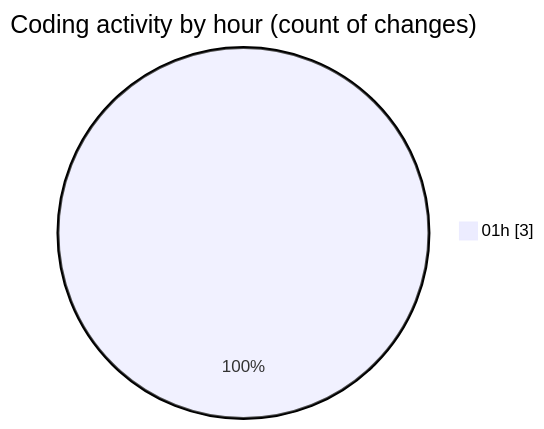
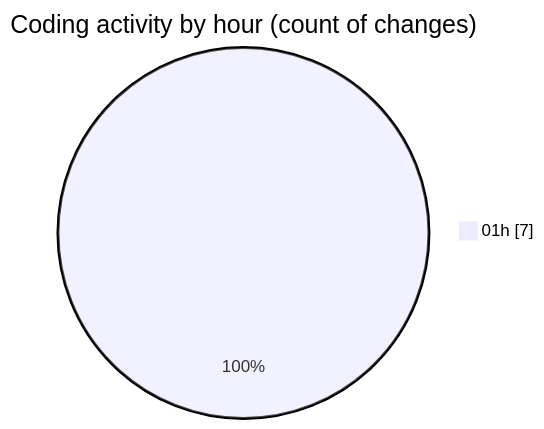
The second of 2 diagrams in 2025-07-13/telebot/README.md (jrari/code-tracking), drawn with Mermaid before and after one commit. The commit also changed other lines of this file and 1 other file, not shown here.

````diff
--- a/2025-07-13/telebot/README.md
+++ b/2025-07-13/telebot/README.md
@@ -30,5 +35,5 @@
 ```mermaid
 pie showData
 title Coding activity by hour (count of changes)
-"01h" : 3
+"01h" : 7
 ```
````
